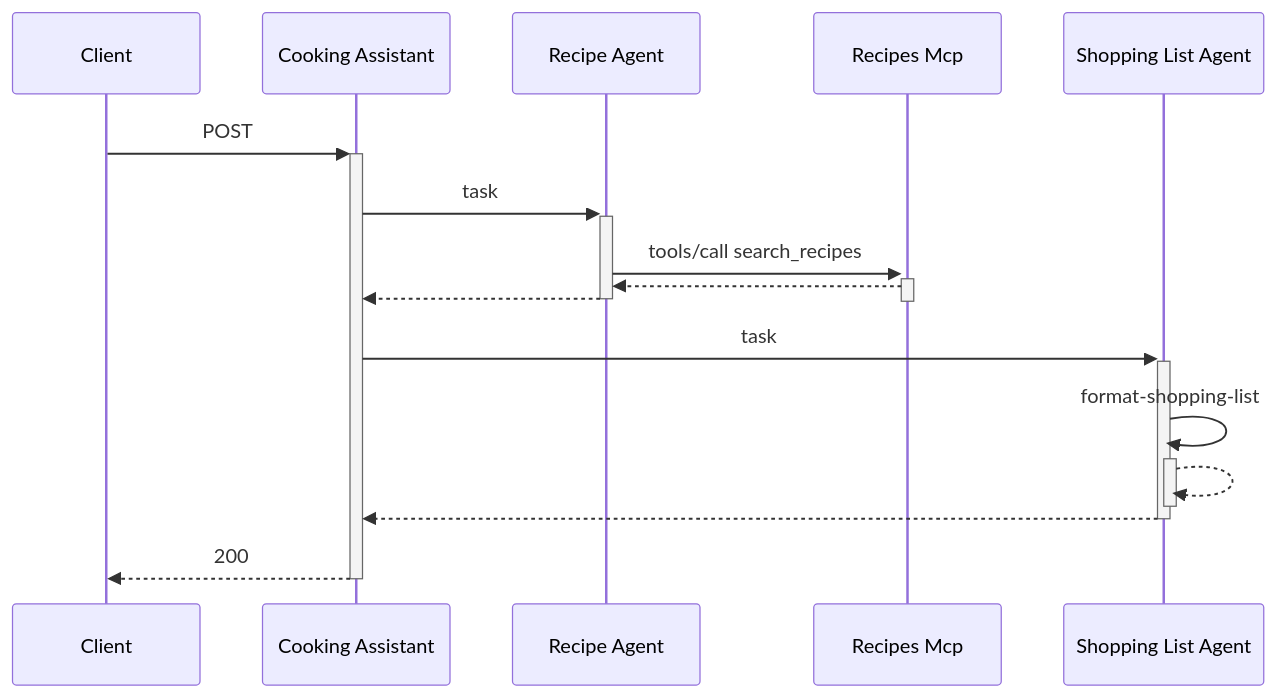
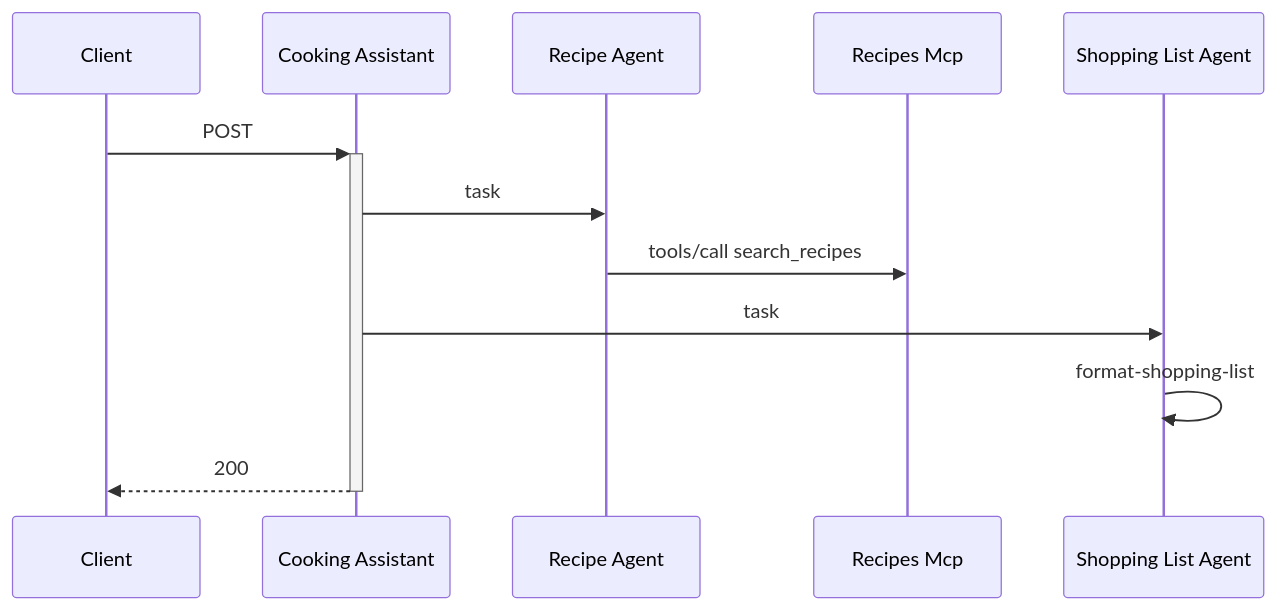
The diagram in docs/scenarios/provides-the-shopping-list-for-spaghetti-alla-carbonara.md (th3n3rd/agents-playground), drawn with Mermaid before and after one commit. The commit also changed 2 other files, not shown here.

Commit message:
trace local interactions differently

````diff
--- a/docs/scenarios/provides-the-shopping-list-for-spaghetti-alla-carbonara.md
+++ b/docs/scenarios/provides-the-shopping-list-for-spaghetti-alla-carbonara.md
@@ -3,19 +3,15 @@
 ```mermaid    
 sequenceDiagram
     client->>+cooking-assistant: POST 
-    cooking-assistant->>+recipe-agent: task
-    recipe-agent->>+recipes-mcp: tools/call search_recipes
-    recipes-mcp-->>-recipe-agent: 
-    recipe-agent-->>-cooking-assistant: 
-    cooking-assistant->>+shopping-list-agent: task
-    shopping-list-agent->>+shopping-list-agent: format-shopping-list
-    shopping-list-agent-->>-shopping-list-agent: 
-    shopping-list-agent-->>-cooking-assistant: 
+    cooking-assistant->>recipe-agent: task
+    recipe-agent->>recipes-mcp: tools/call search_recipes
+    cooking-assistant->>shopping-list-agent: task
+    shopping-list-agent->>shopping-list-agent: format-shopping-list
     cooking-assistant-->>-client: 200
     participant client as Client
     participant cooking-assistant as Cooking Assistant
     participant recipe-agent as Recipe Agent
     participant recipes-mcp as Recipes Mcp
     participant shopping-list-agent as Shopping List Agent
 
 ```
````
